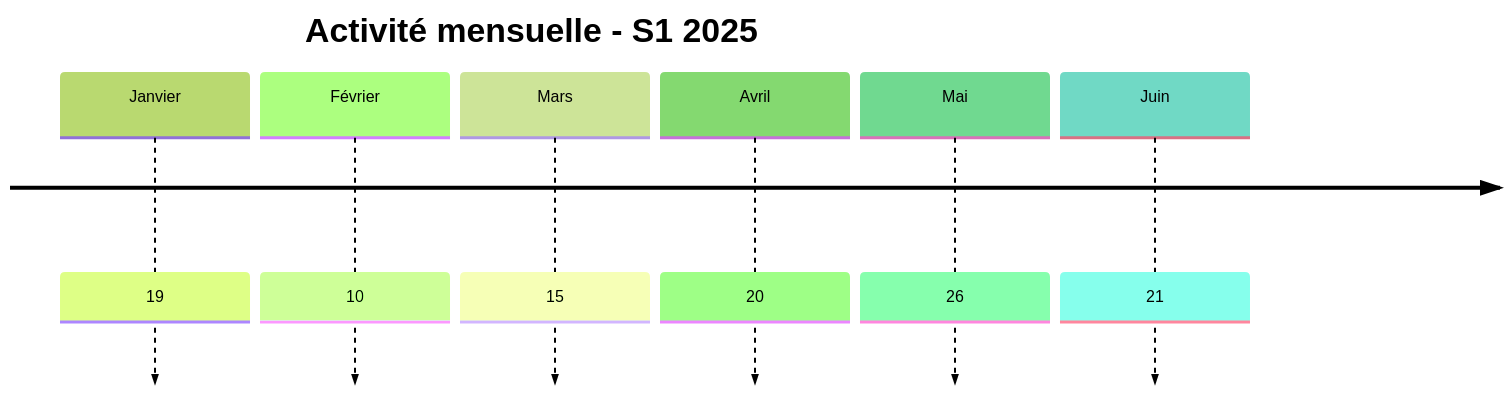
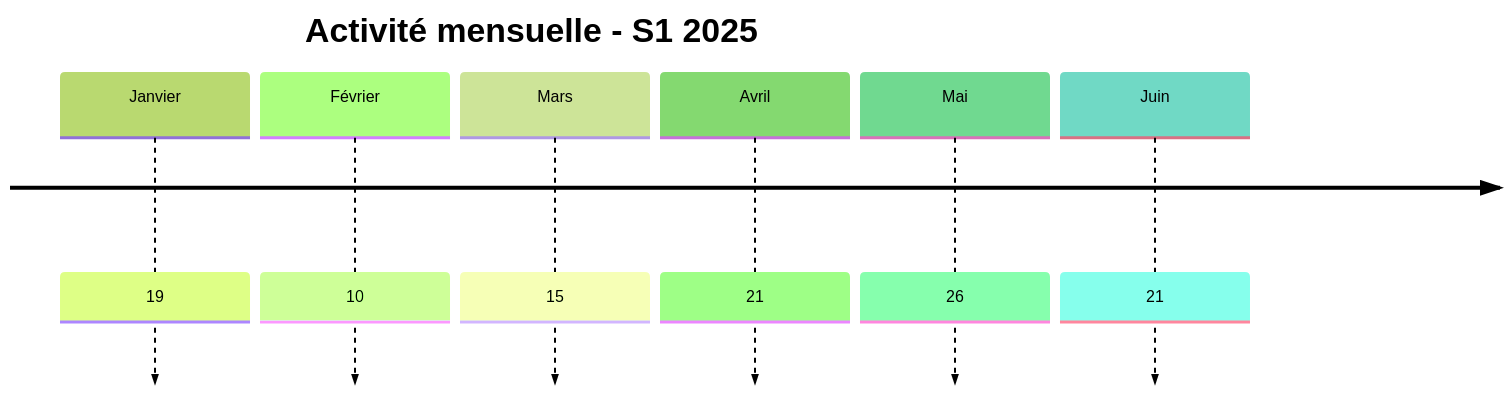
One commit to Hatchepsoute/AFRINTEL changed the first of 2 diagrams in CyberAttackAfrica/2025/README_H1_FR.md. Above: the diagram before and after it, drawn with Mermaid (forest theme). The commit also changed other lines of this file and 35 other files, not shown here.

````diff
--- a/CyberAttackAfrica/2025/README_H1_FR.md
+++ b/CyberAttackAfrica/2025/README_H1_FR.md
@@ -79,10 +79,10 @@
 ```mermaid
 timeline
     title Activité mensuelle - S1 2025
     Janvier : 19
     Février : 10
     Mars : 15
-    Avril : 20
+    Avril : 21
     Mai : 26
     Juin : 21
 ```
````
